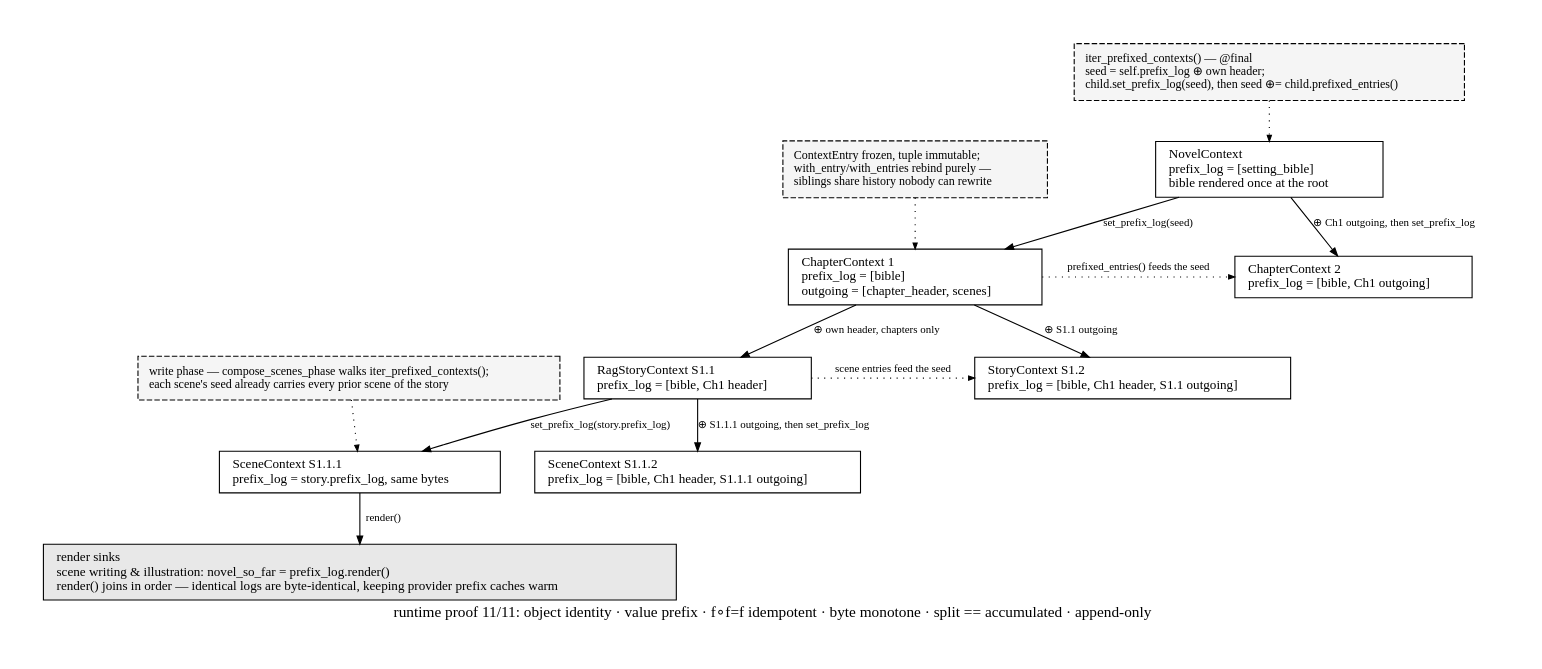
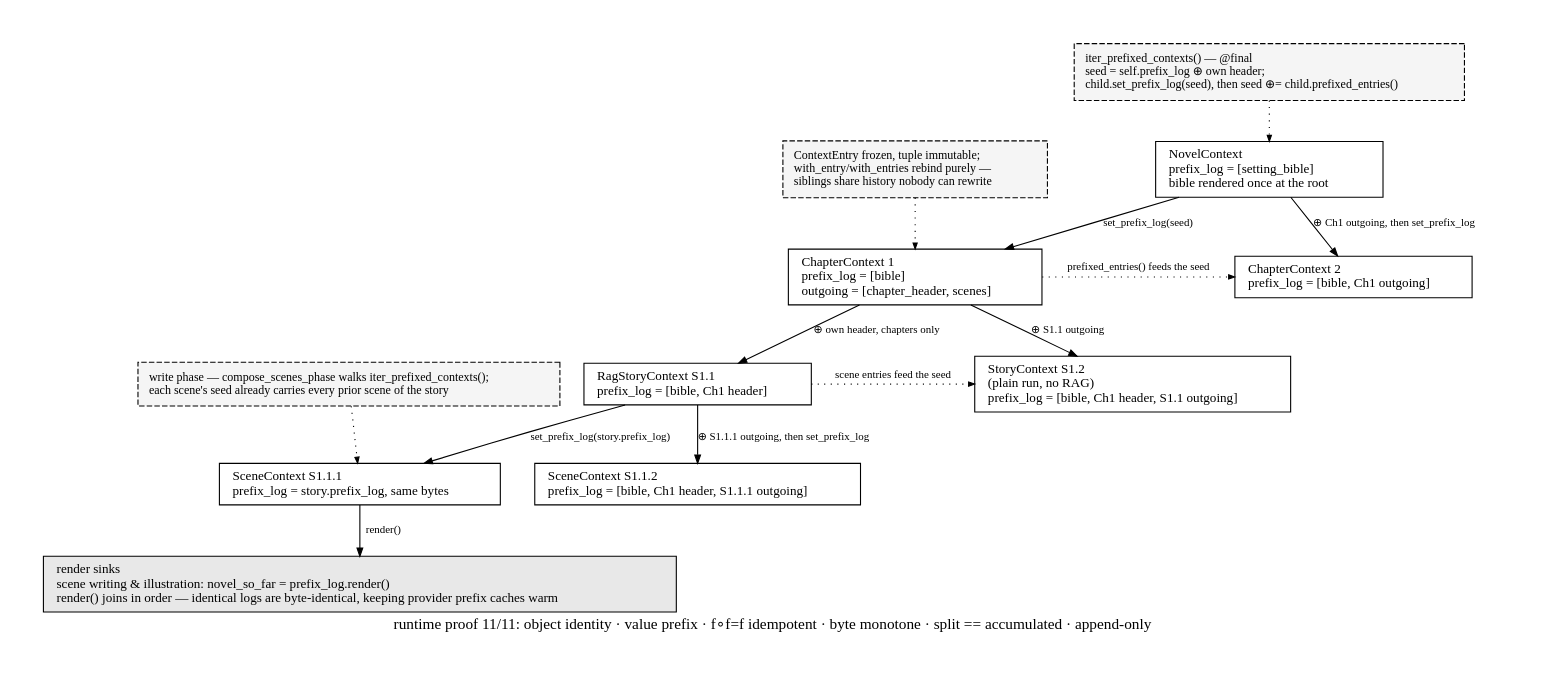
One commit to Whth/fabricatio changed the diagram in packages/fabricatio-novel/assets/prefix-sharing.gv. Above: the diagram before and after it, drawn with Graphviz. The commit also changed 10 other files, not shown here.

```diff
--- a/packages/fabricatio-novel/assets/prefix-sharing.gv
+++ b/packages/fabricatio-novel/assets/prefix-sharing.gv
@@ -1,53 +1,53 @@
 // fabricatio-novel: prefix_log sharing mechanics — the seed each element receives and who contributes to it.
 // Render: dot -Tsvg prefix-sharing.gv -o prefix-sharing.svg
 digraph prefix_sharing {
     rankdir=TB;
     bgcolor="white";
     fontname="serif";
     pad="0.45";
     nodesep=0.30;
     ranksep=0.50;
     labelloc="b";
     label="  runtime proof 11/11: object identity · value prefix · f∘f=f idempotent · byte monotone · split == accumulated · append-only";
 
     node [shape=box, style="filled", fillcolor="white", color="black",
           fontname="serif", fontsize=12, margin="0.16,0.09"];
     edge [color="black", arrowsize=0.75, fontname="serif", fontsize=10];
 
     // ---- the tree with each node's incoming seed ----
     novel [label="NovelContext\l prefix_log = [setting_bible]\l bible rendered once at the root\l"];
     ch1   [label="ChapterContext 1\l prefix_log = [bible]\l outgoing = [chapter_header, scenes]\l"];
     ch2   [label="ChapterContext 2\l prefix_log = [bible, Ch1 outgoing]\l"];
     s11   [label="RagStoryContext S1.1\l prefix_log = [bible, Ch1 header]\l"];
-    s12   [label="StoryContext S1.2\l prefix_log = [bible, Ch1 header, S1.1 outgoing]\l"];
+    s12   [label="StoryContext S1.2\l (plain run, no RAG)\l prefix_log = [bible, Ch1 header, S1.1 outgoing]\l"];
     sc1   [label="SceneContext S1.1.1\l prefix_log = story.prefix_log, same bytes\l"];
     sc2   [label="SceneContext S1.1.2\l prefix_log = [bible, Ch1 header, S1.1.1 outgoing]\l"];
 
     novel -> ch1 [label=" set_prefix_log(seed)\l"];
     novel -> ch2 [label=" ⊕ Ch1 outgoing, then set_prefix_log\l"];
     ch1 -> s11   [label=" ⊕ own header, chapters only\l"];
     ch1 -> s12   [label=" ⊕ S1.1 outgoing\l"];
     s11 -> sc1   [label=" set_prefix_log(story.prefix_log)\l"];
     s11 -> sc2   [label=" ⊕ S1.1.1 outgoing, then set_prefix_log\l"];
     ch1 -> ch2   [style=dotted, arrowsize=0.55, label=" prefixed_entries() feeds the seed", constraint=false];
     s11 -> s12   [style=dotted, arrowsize=0.55, label=" scene entries feed the seed", constraint=false];
 
     // ---- mechanism callouts ----
     node [style="filled, dashed", fillcolor="#F5F5F5", fontsize=11, margin="0.14,0.11"];
     edge [style=dotted, arrowsize=0.55, fontname="serif", fontsize=9];
 
     walk [label="iter_prefixed_contexts() — @final\l seed = self.prefix_log ⊕ own header;\l child.set_prefix_log(seed), then seed ⊕= child.prefixed_entries()\l"];
     immut [label="ContextEntry frozen, tuple immutable;\l with_entry/with_entries rebind purely —\l siblings share history nobody can rewrite\l"];
     wphase [label="write phase — compose_scenes_phase walks iter_prefixed_contexts();\l each scene's seed already carries every prior scene of the story\l"];
 
     walk  -> novel;
     immut -> ch1;
     wphase -> sc1;
 
     // ---- render sinks ----
     node [style="filled", fillcolor="#E8E8E8", fontsize=12, margin="0.16,0.09"];
     edge [style=solid, arrowsize=0.75, fontname="serif", fontsize=10];
 
     render [label="render sinks\l scene writing & illustration: novel_so_far = prefix_log.render()\l render() joins in order — identical logs are byte-identical, keeping provider prefix caches warm\l"];
     sc1 -> render [label=" render()"];
 }
```
